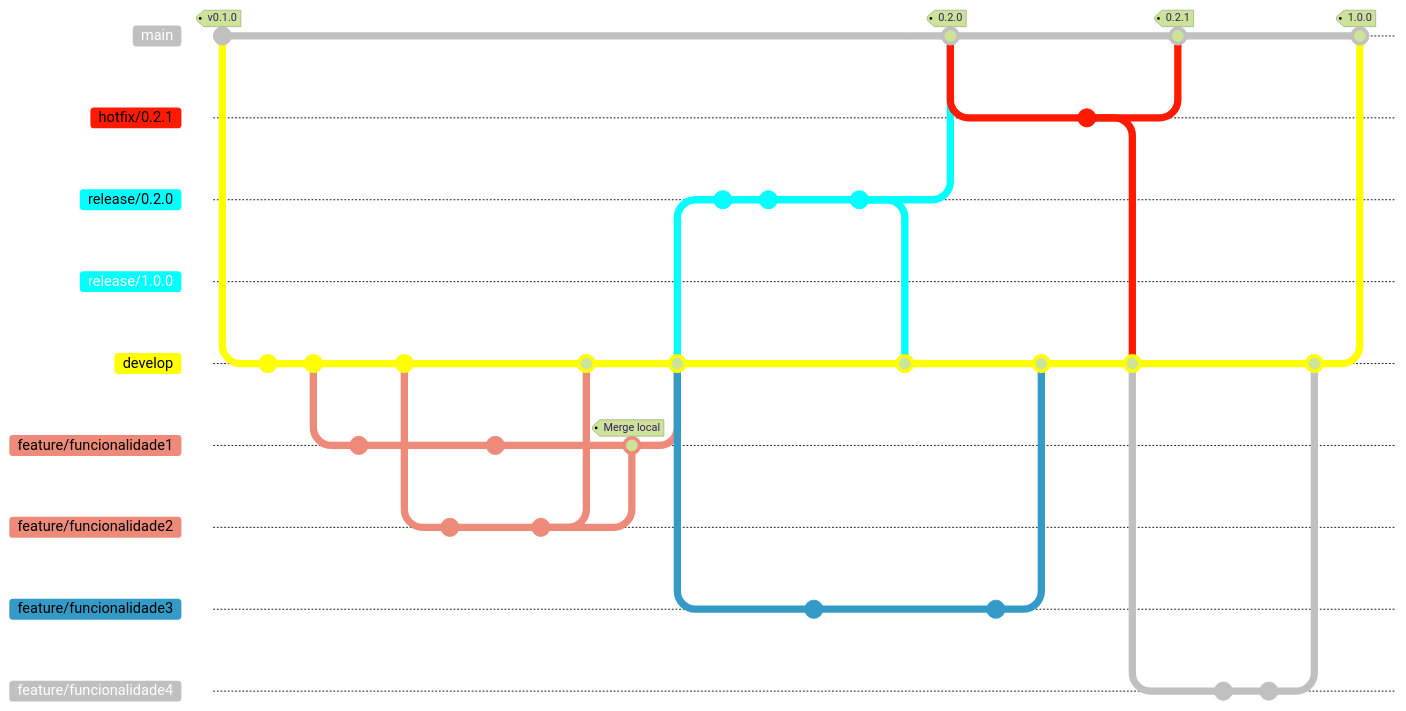
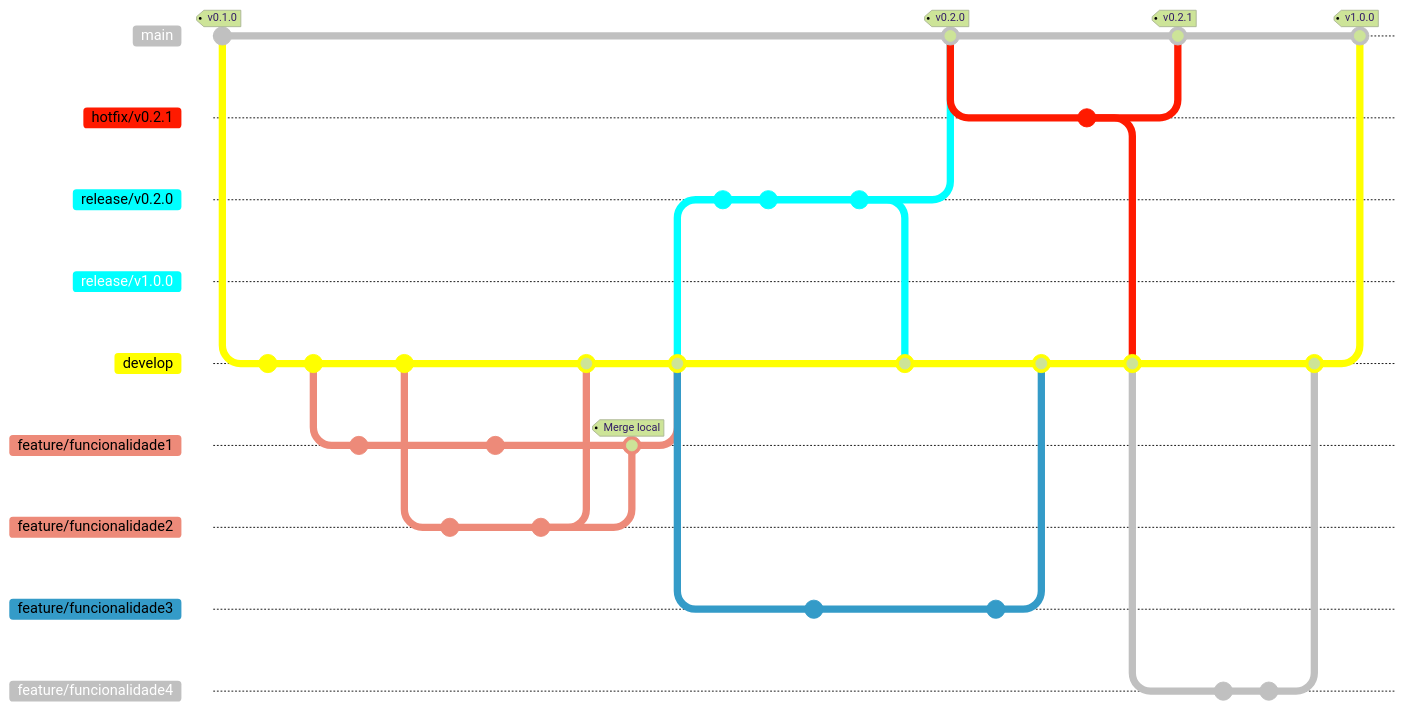
The third of 7 diagrams in GitWorkflow.md (ifmt-esa/documentacao), drawn with Mermaid before and after one commit. The commit also changed other lines of this file, not shown here. Commit ids are hidden.

Commit message:
fix: adicionado a sigla v na frente da versao

````diff
--- a/GitWorkflow.md
+++ b/GitWorkflow.md
@@ -152,69 +152,69 @@
 ```mermaid
 %%{ init: { 
   'logLevel': 'debug', 
   'theme': 'forest', 
   'themeVariables': {
     'git0': '#C0C0C0',
     'git1': '#ff1a00',
     'git2': '#00ffff',
     'git3': '#00ffff',
     'git4': '#ffff00',
     'git5': '#ed8a79',
     'git6': '#ed8a79',
     'tagLabelFontSize': '12px' 
   }
 } }%% 
 gitGraph
   commit tag: "v0.1.0" id: "Versão inicial"
   branch develop order: 5
   commit id: "Checkout inicial"
   commit id: "commit1"
   branch feature/funcionalidade1 order: 6
   commit id: "Funcionalidade 1 (commit1)"
   checkout develop
   commit id: "commit2"
   branch feature/funcionalidade2 order: 7
   commit id: "Funcionalidade 2 (commit1)"
   checkout feature/funcionalidade1
   commit id: "Funcionalidade 1 (commit2)"
   checkout feature/funcionalidade2
   commit id: "Funcionalidade 2 (commit2)"
   checkout develop
   merge feature/funcionalidade2
   checkout feature/funcionalidade1
   merge feature/funcionalidade2 tag: "Merge local"
   checkout develop
   merge feature/funcionalidade1
-  branch release/0.2.0 order: 3
+  branch release/v0.2.0 order: 3
   commit id: "release 0.2.0 (commit1)"
   commit id: "release 0.2.0 (commit2)"
   checkout develop
   branch feature/funcionalidade3 order: 8
   commit id: "Funcionalidade 3 (commit1)"
-  checkout release/0.2.0
+  checkout release/v0.2.0
   commit id: "release 0.2.0 (commit3)"
   checkout develop
-  merge release/0.2.0
+  merge release/v0.2.0
   checkout main
-  merge release/0.2.0 tag: "0.2.0"
+  merge release/v0.2.0 tag: "v0.2.0"
   checkout feature/funcionalidade3
   commit id: "Funcionalidade 3 (commit2)"
   checkout develop
   merge feature/funcionalidade3
   checkout main
-  branch hotfix/0.2.1 order: 2
+  branch hotfix/v0.2.1 order: 2
   commit id: "Erro 1 (commit1)"
   checkout develop
-  merge hotfix/0.2.1
+  merge hotfix/v0.2.1
   checkout main
-  merge hotfix/0.2.1 tag: "0.2.1"
+  merge hotfix/v0.2.1 tag: "v0.2.1"
   checkout develop
   branch feature/funcionalidade4 order: 9
   commit "Funcionalidade 4 (commit1)"
   commit "Funcionalidade 4 (commit2)"
   checkout develop
   merge feature/funcionalidade4
-  branch release/1.0.0 order: 4
+  branch release/v1.0.0 order: 4
   checkout main
-  merge release/1.0.0 tag: "1.0.0"
+  merge release/v1.0.0 tag: "v1.0.0"
 ```
````
